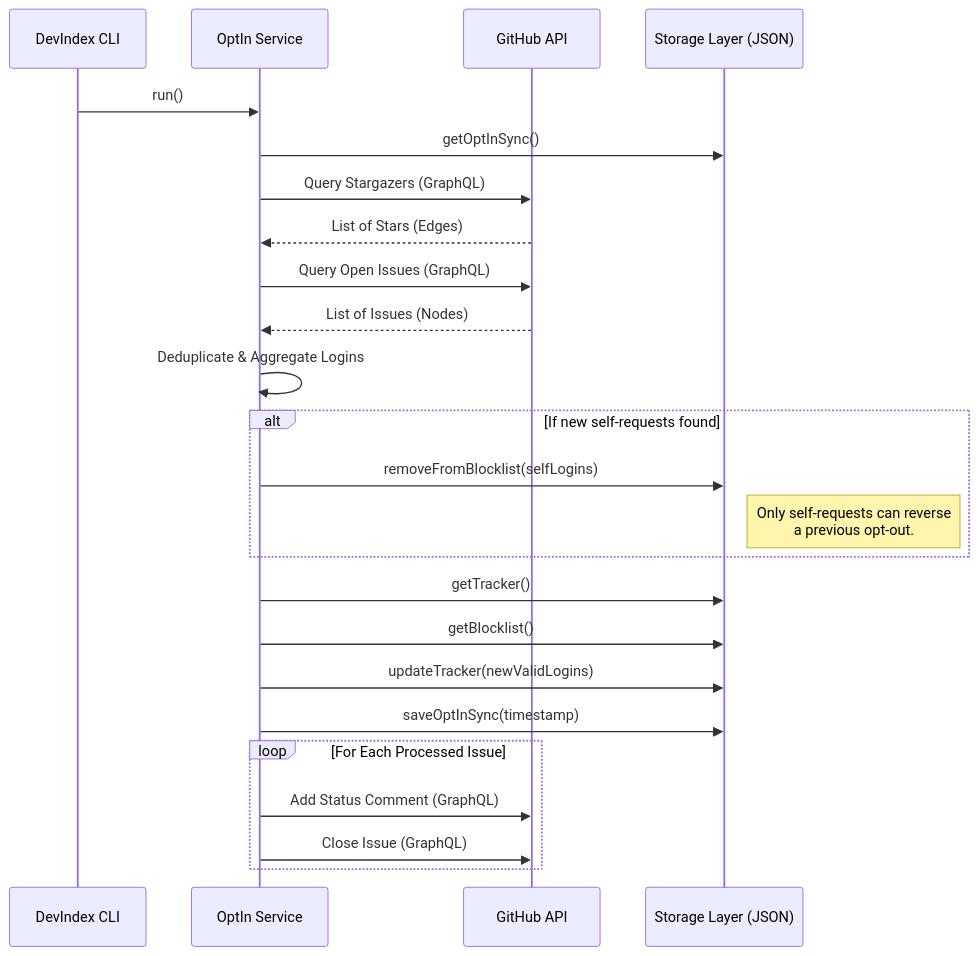
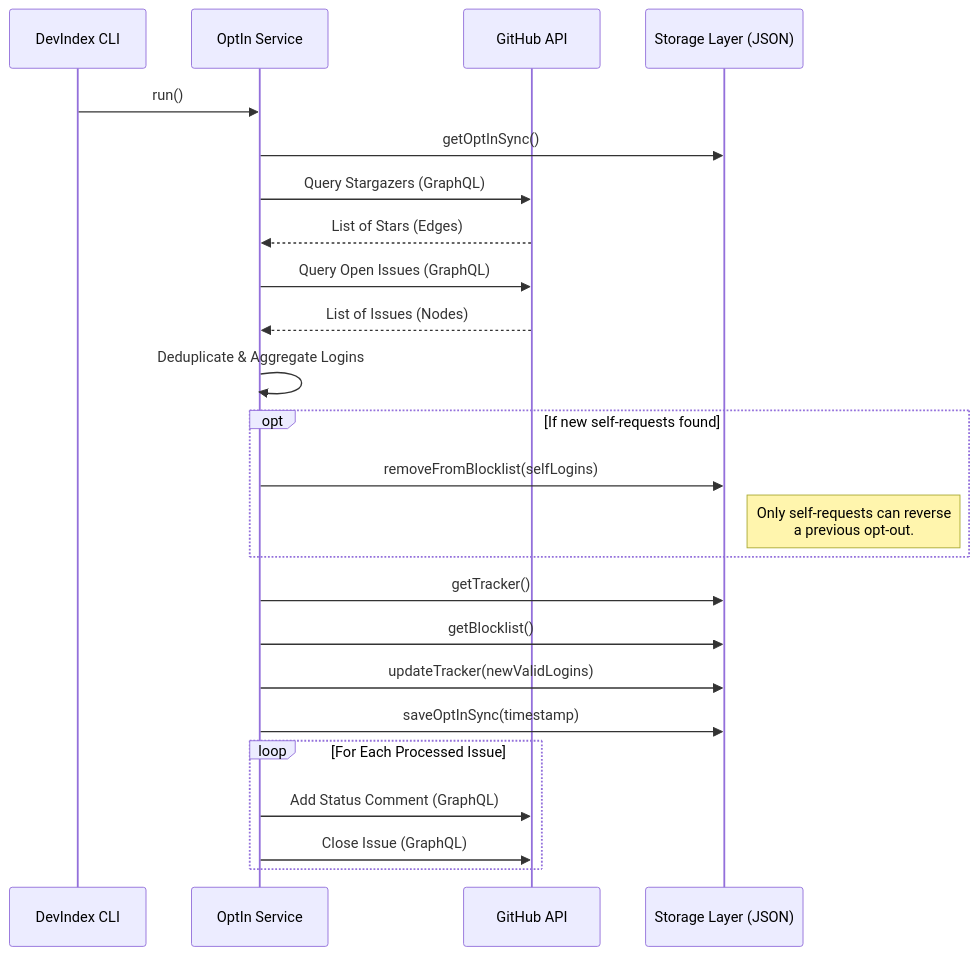
The diagram in learn/guides/devindex/SpiderOptIn.md (neomjs/neo), drawn with Mermaid before and after one commit. The commit also changed 1 other file, not shown here.

Commit message:
docs: Change Mermaid 'alt' to 'opt' in Opt-In/Opt-Out guides

````diff
--- a/learn/guides/devindex/SpiderOptIn.md
+++ b/learn/guides/devindex/SpiderOptIn.md
@@ -15,33 +15,33 @@
 ```mermaid
 sequenceDiagram
     participant CLI as DevIndex CLI
     participant OptIn as OptIn Service
     participant GitHub as GitHub API
     participant Storage as Storage Layer (JSON)
 
     CLI->>OptIn: run()
     OptIn->>Storage: getOptInSync()
     OptIn->>GitHub: Query Stargazers (GraphQL)
     GitHub-->>OptIn: List of Stars (Edges)
     
     OptIn->>GitHub: Query Open Issues (GraphQL)
     GitHub-->>OptIn: List of Issues (Nodes)
     
     OptIn->>OptIn: Deduplicate & Aggregate Logins
     
-    alt If new self-requests found
+    opt If new self-requests found
         OptIn->>Storage: removeFromBlocklist(selfLogins)
         Note right of Storage: Only self-requests can reverse<br/>a previous opt-out.
     end
     
     OptIn->>Storage: getTracker()
     OptIn->>Storage: getBlocklist()
     
     OptIn->>Storage: updateTracker(newValidLogins)
     OptIn->>Storage: saveOptInSync(timestamp)
     
     loop For Each Processed Issue
         OptIn->>GitHub: Add Status Comment (GraphQL)
         OptIn->>GitHub: Close Issue (GraphQL)
     end
 ```
````
